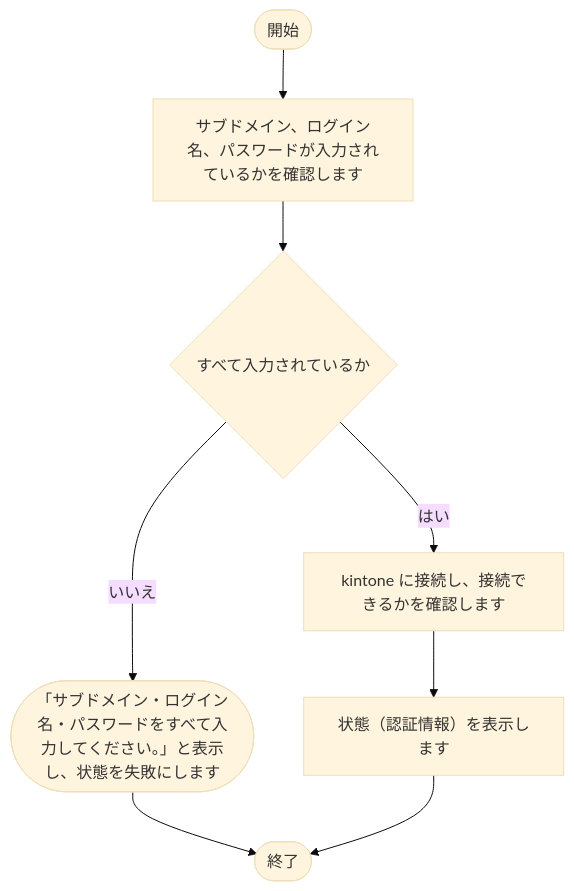
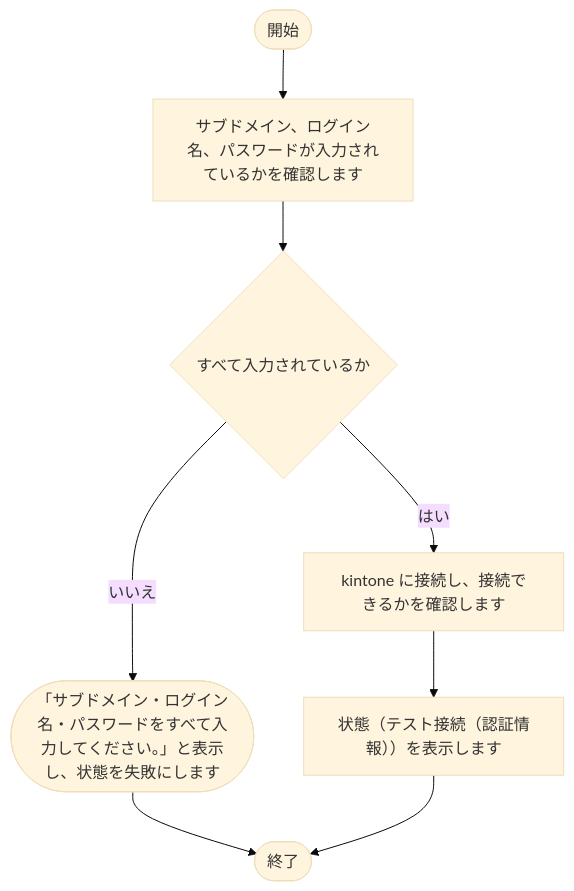
Before and after one commit to nishida2073/project_management: diagram 11 of 13 in tool/package-generator/doc/02_設計/処理フロー.md, drawn with Mermaid (base theme). The commit also changed other lines of this file and 132 other files, not shown here.

````diff
--- a/tool/package-generator/doc/02_設計/処理フロー.md
+++ b/tool/package-generator/doc/02_設計/処理フロー.md
@@ -318,17 +318,17 @@
 ```mermaid
 flowchart TD
     S(["開始"])
     E(["終了"])
     N1["サブドメイン、ログイン名、パスワードが入力されているかを確認します"]
     S --> N1
     N2{"すべて入力されているか"}
     N1 --> N2
     X1(["「サブドメイン・ログイン名・パスワードをすべて入力してください。」と表示し、状態を失敗にします"])
     N2 -- いいえ --> X1
     X1 --> E
     N3["kintone に接続し、接続できるかを確認します"]
     N2 -- はい --> N3
-    N4["状態（認証情報）を表示します"]
+    N4["状態（テスト接続（認証情報））を表示します"]
     N3 --> N4
     N4 --> E
 ```
````
